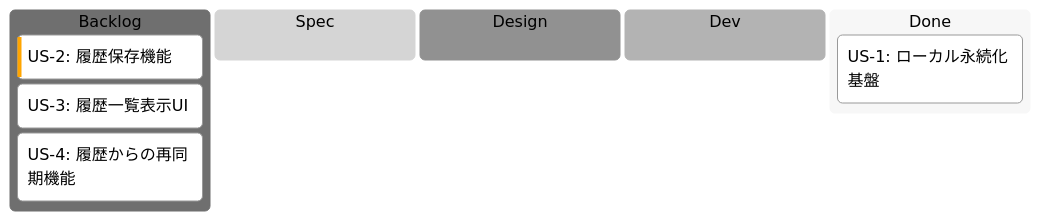
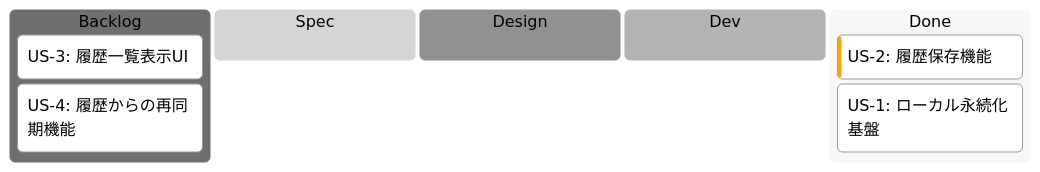
One commit to saki0000/collab-stream changed the first of 2 diagrams in implement-context/sync-history/EPIC.md. Above: the diagram before and after it, drawn with Mermaid (neutral theme). The commit also changed other lines of this file and 15 other files, not shown here.

First line of the commit message:
feat: Timeline Sync画面に同期チャンネル履歴保存機能を追加

````diff
--- a/implement-context/sync-history/EPIC.md
+++ b/implement-context/sync-history/EPIC.md
@@ -27,17 +27,17 @@
 ```mermaid
 ---
 config:
   kanban:
     ticketBaseUrl: ''
 ---
 kanban
   backlog[Backlog]
-    us2[US-2: 履歴保存機能]@{ priority: 'High' }
     us3[US-3: 履歴一覧表示UI]
     us4[US-4: 履歴からの再同期機能]
   spec[Spec]
   design[Design]
   dev[Dev]
   done[Done]
+    us2[US-2: 履歴保存機能]@{ priority: 'High' }
     us1[US-1: ローカル永続化基盤]
 ```
````
